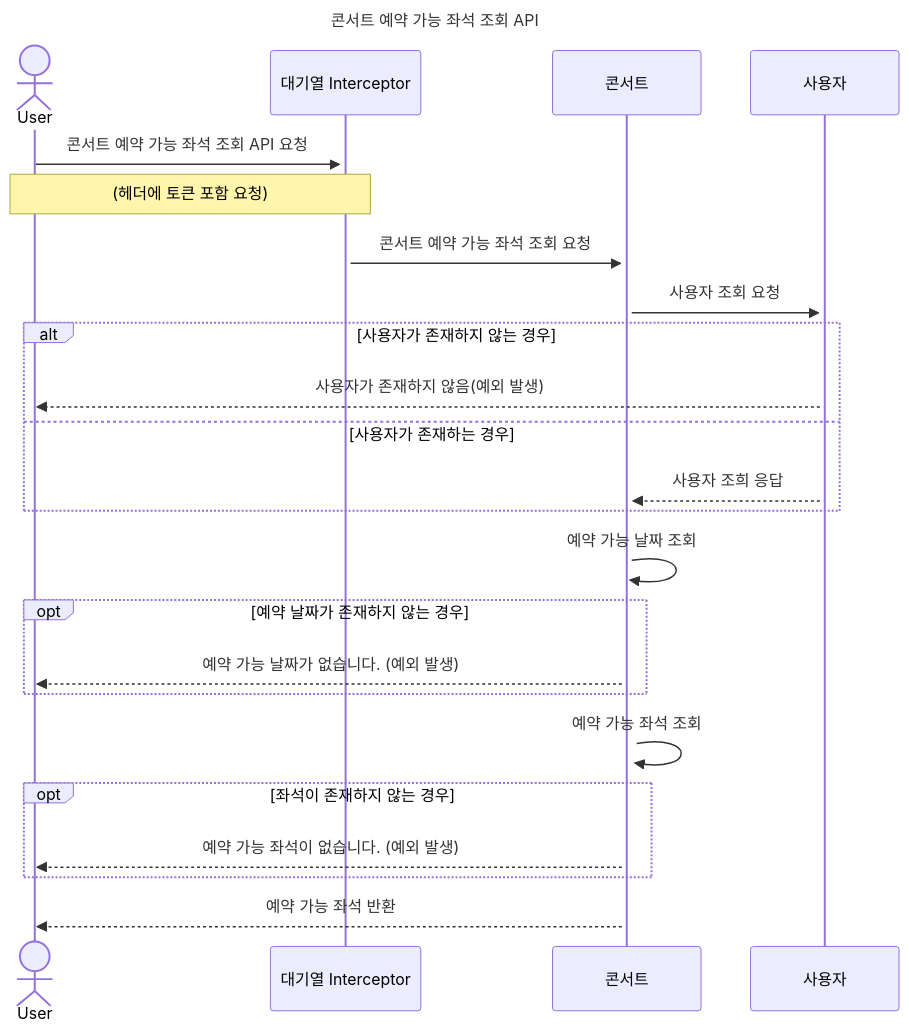
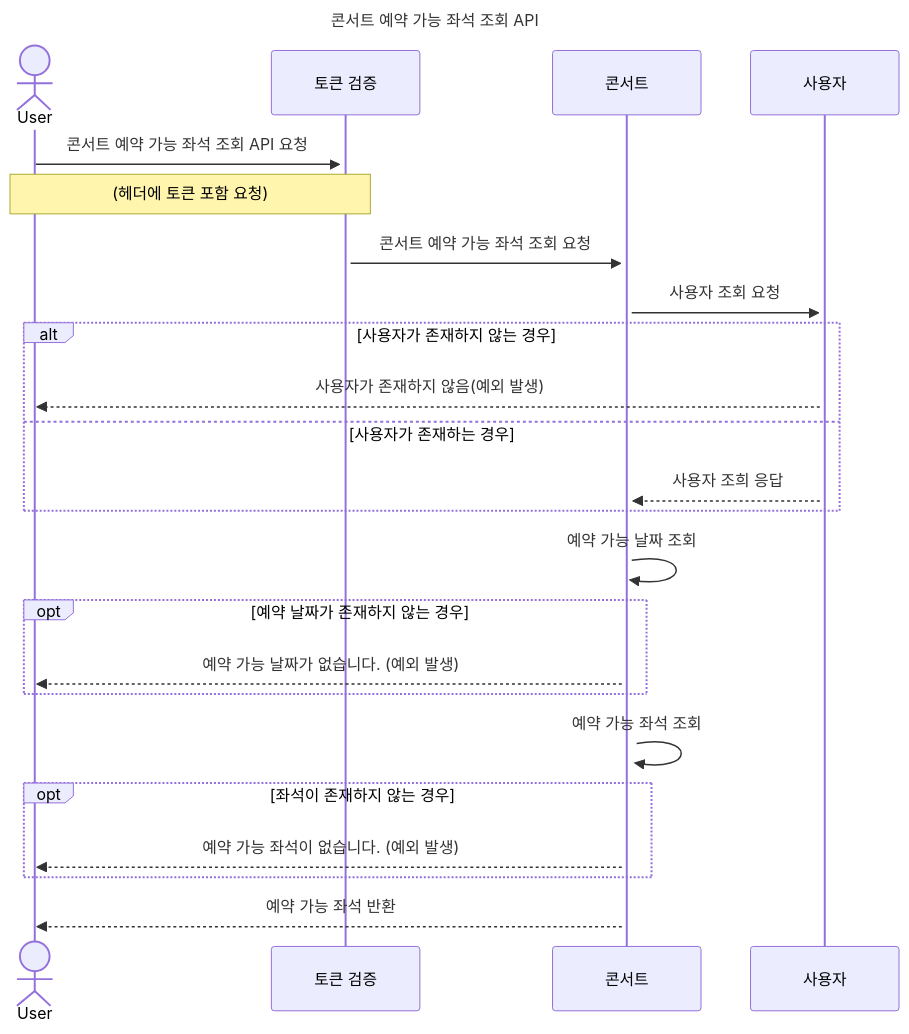
One commit to seokyHan/concert-reservation changed the third of 9 diagrams in docs/SEQUENCE_DIAGRAM.md. Above: the diagram before and after it, drawn with Mermaid. The commit also changed other lines of this file and 2 other files, not shown here.

Commit message:
chore : ERD, yml, sequence diagram 수정

````diff
--- a/docs/SEQUENCE_DIAGRAM.md
+++ b/docs/SEQUENCE_DIAGRAM.md
@@ -65,27 +65,27 @@
 ```mermaid
 sequenceDiagram
 Actor User
-    participant 대기열 Interceptor
+    participant 토큰 검증
     participant 콘서트
     participant 사용자
     title 콘서트 예약 가능 좌석 조회 API
 
-    User ->>+ 대기열 Interceptor: 콘서트 예약 가능 좌석 조회 API 요청
-    Note over User,대기열 Interceptor: (헤더에 토큰 포함 요청)
-    대기열 Interceptor ->>+ 콘서트: 콘서트 예약 가능 좌석 조회 요청
+    User ->>+ 토큰 검증: 콘서트 예약 가능 좌석 조회 API 요청
+    Note over User,토큰 검증: (헤더에 토큰 포함 요청)
+    토큰 검증 ->>+ 콘서트: 콘서트 예약 가능 좌석 조회 요청
     콘서트 ->>+ 사용자: 사용자 조회 요청
     alt 사용자가 존재하지 않는 경우
         사용자 -->> User: 사용자가 존재하지 않음(예외 발생)
     else 사용자가 존재하는 경우
         사용자 -->> 콘서트: 사용자 조희 응답 
     end
     콘서트 ->>+ 콘서트: 예약 가능 날짜 조회
     opt 예약 날짜가 존재하지 않는 경우
         콘서트 -->> User: 예약 가능 날짜가 없습니다. (예외 발생)
     end 
     콘서트 ->>+ 콘서트: 예약 가능 좌석 조회
     opt 좌석이 존재하지 않는 경우
         콘서트 -->> User: 예약 가능 좌석이 없습니다. (예외 발생)
     end 
     콘서트 -->> User: 예약 가능 좌석 반환
 ```
````
